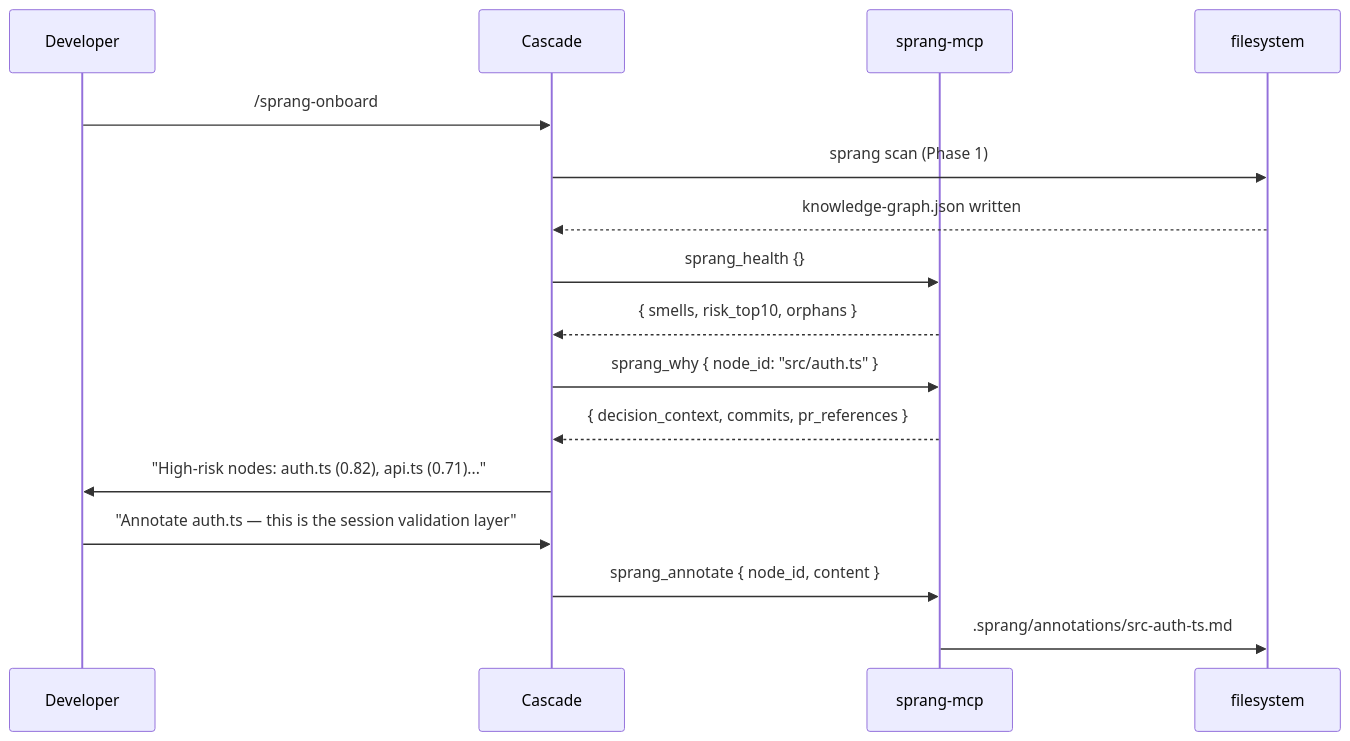
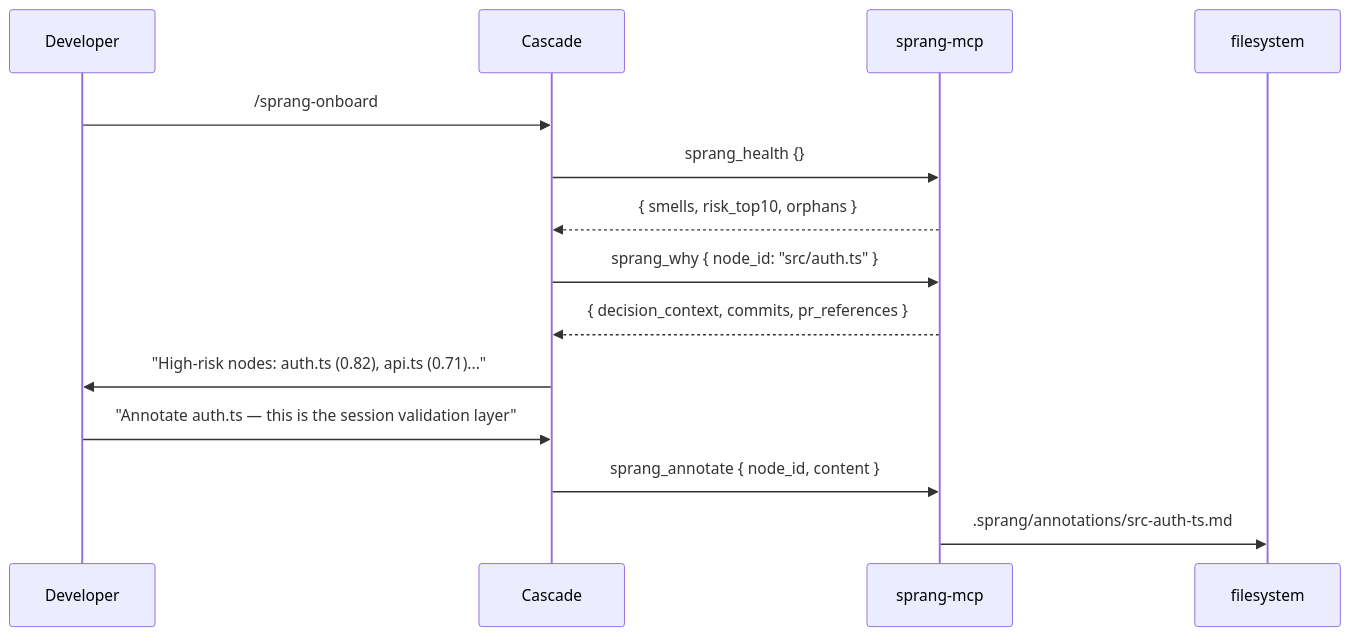
Before and after one commit to FavioVazquez/sprang: the third of 3 diagrams in README.md, drawn with Mermaid. The commit also changed other lines of this file, not shown here.

````diff
--- a/README.md
+++ b/README.md
@@ -481,19 +492,17 @@
 ```mermaid
 sequenceDiagram
     participant D as Developer
     participant C as Cascade
     participant M as sprang-mcp
     participant F as filesystem
 
     D->>C: /sprang-onboard
-    C->>F: sprang scan (Phase 1)
-    F-->>C: knowledge-graph.json written
     C->>M: sprang_health {}
     M-->>C: { smells, risk_top10, orphans }
     C->>M: sprang_why { node_id: "src/auth.ts" }
     M-->>C: { decision_context, commits, pr_references }
     C->>D: "High-risk nodes: auth.ts (0.82), api.ts (0.71)..."
     D->>C: "Annotate auth.ts — this is the session validation layer"
     C->>M: sprang_annotate { node_id, content }
     M->>F: .sprang/annotations/src-auth-ts.md
 ```
````
